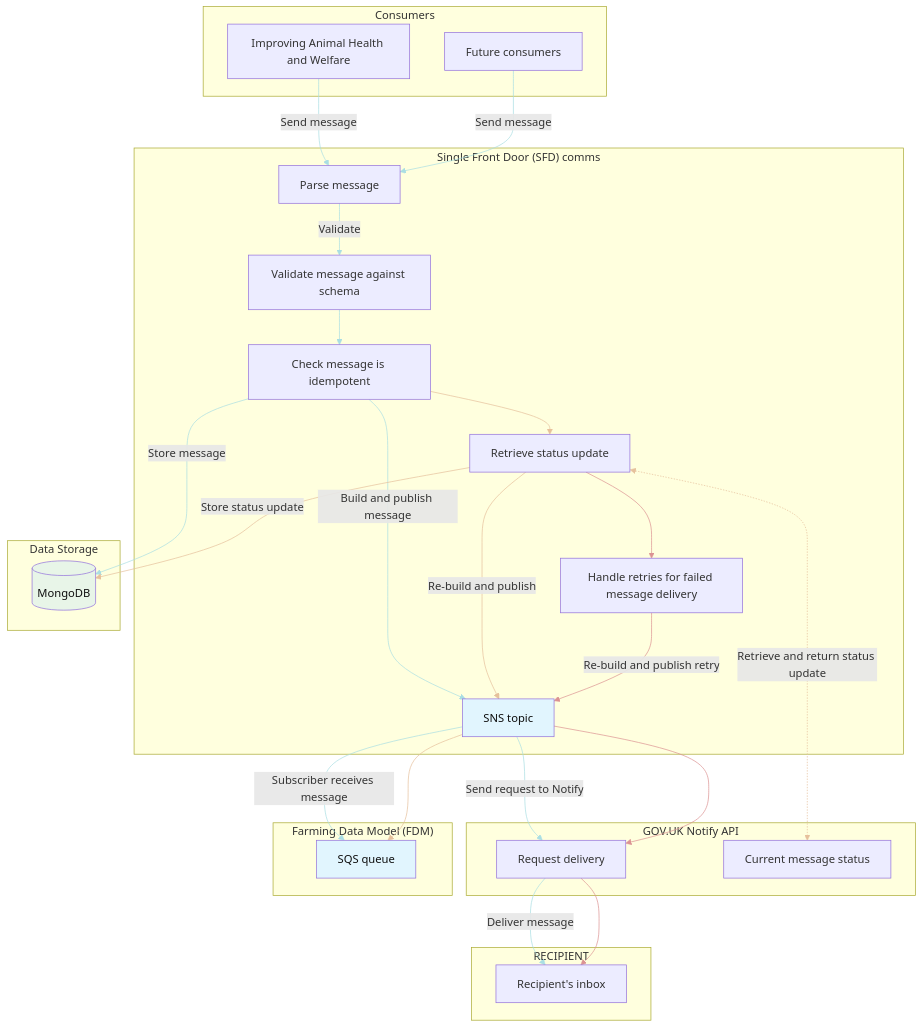
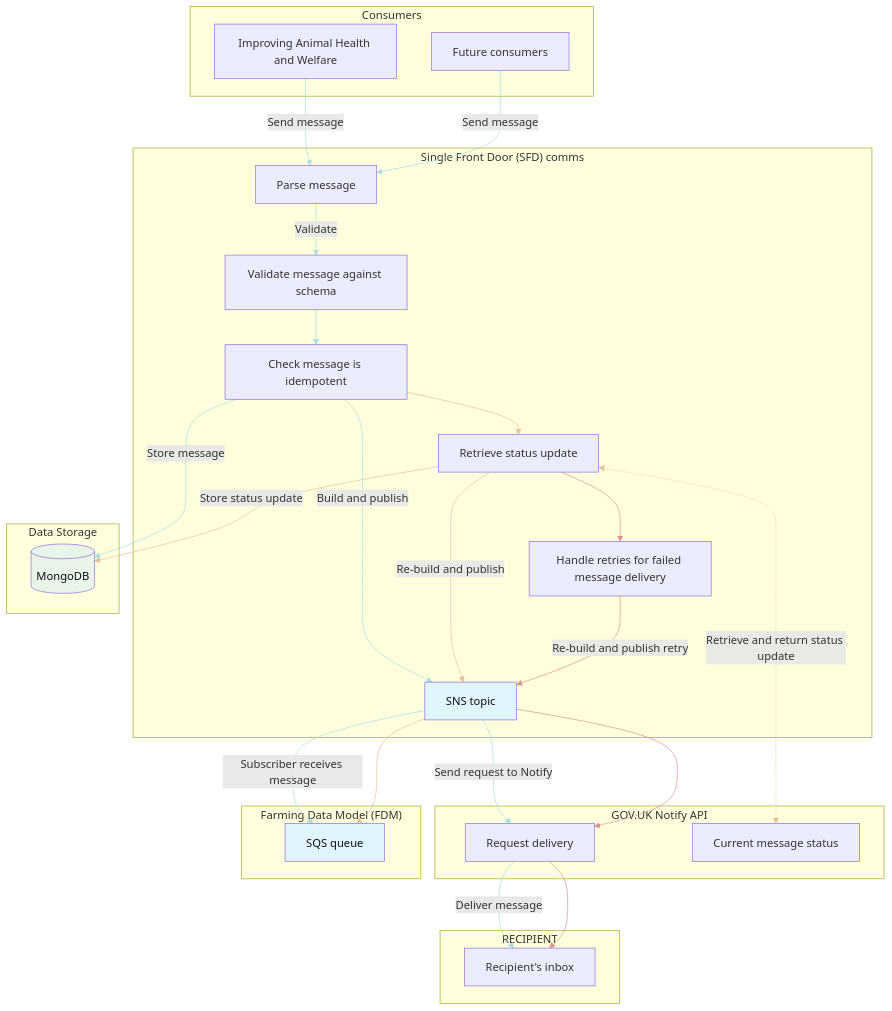
One commit to DEFRA/fcp-sfd-comms changed the first of 3 diagrams in README.md. Above: the diagram before and after it, drawn with Mermaid.

Commit message:
update original graph for phase 1

````diff
--- a/README.md
+++ b/README.md
@@ -17,76 +17,76 @@
 ```mermaid
 graph
     subgraph "Consumers"
         IAHW[Improving Animal Health and Welfare]
         FUTURE[Future consumers]
     end
     
     subgraph "Single Front Door (SFD) comms"
         PARSE[Parse message]
         VALIDATION[Validate message against schema]
         IDEMPOTENCY_CHECK[Check message is idempotent]
         SNS[SNS topic]
         UPDATE[Retrieve status update]
         RETRY[Handle retries for failed message delivery]
     end
 
     subgraph "GOV.UK Notify API"
         NOTIFY[Request delivery]
         STATUS[Current message status]
     end
 
     subgraph "Farming Data Model (FDM)"
         SQS[SQS queue]
     end
 
     subgraph "Data Storage"
         MONGO[(MongoDB)]
     end
 
 
     subgraph "RECIPIENT"
         DELIVERY[Recipient's inbox]
     end
     
     IAHW -->|Send message| PARSE
     FUTURE -->|Send message| PARSE
     PARSE -->|Validate| VALIDATION
     VALIDATION --> IDEMPOTENCY_CHECK
-    IDEMPOTENCY_CHECK -->|Build and publish message| SNS
+    IDEMPOTENCY_CHECK -->|Build and publish| SNS
     IDEMPOTENCY_CHECK -->|Store message| MONGO
     SNS -->|Subscriber receives message| SQS
     SNS -->|Send request to Notify| NOTIFY
     NOTIFY -->|Deliver message| DELIVERY
     IDEMPOTENCY_CHECK --> UPDATE
     UPDATE <-.->|Retrieve and return status update| STATUS
     UPDATE -->|Store status update| MONGO
     UPDATE -->|Re-build and publish|SNS
     SNS --> SQS
     UPDATE --> RETRY
     RETRY -->|Re-build and publish retry| SNS
     SNS --> NOTIFY
     NOTIFY --> DELIVERY
 
     linkStyle 0 stroke:#aadee3
     linkStyle 1 stroke:#aadee3
     linkStyle 2 stroke:#aadee3
     linkStyle 3 stroke:#aadee3
     linkStyle 4 stroke:#aadee3
     linkStyle 5 stroke:#aadee3
     linkStyle 6 stroke:#aadee3
     linkStyle 7 stroke:#aadee3
     linkStyle 8 stroke:#aadee3
     linkStyle 9 stroke:#e6c19c
     linkStyle 10 stroke:#e6c19c
     linkStyle 11 stroke:#e6c19c
     linkStyle 12 stroke:#e6c19c
     linkStyle 13 stroke:#e6c19c
     linkStyle 14 stroke:#db9393
     linkStyle 15 stroke:#db9393
     linkStyle 16 stroke:#db9393
     linkStyle 17 stroke:#db9393
 
     style MONGO fill:#e8f5e8,color:#0E0E0E
     style SNS fill:#e1f5fe,color:#0E0E0E
     style SQS fill:#e1f5fe,color:#0E0E0E
 ```
````
